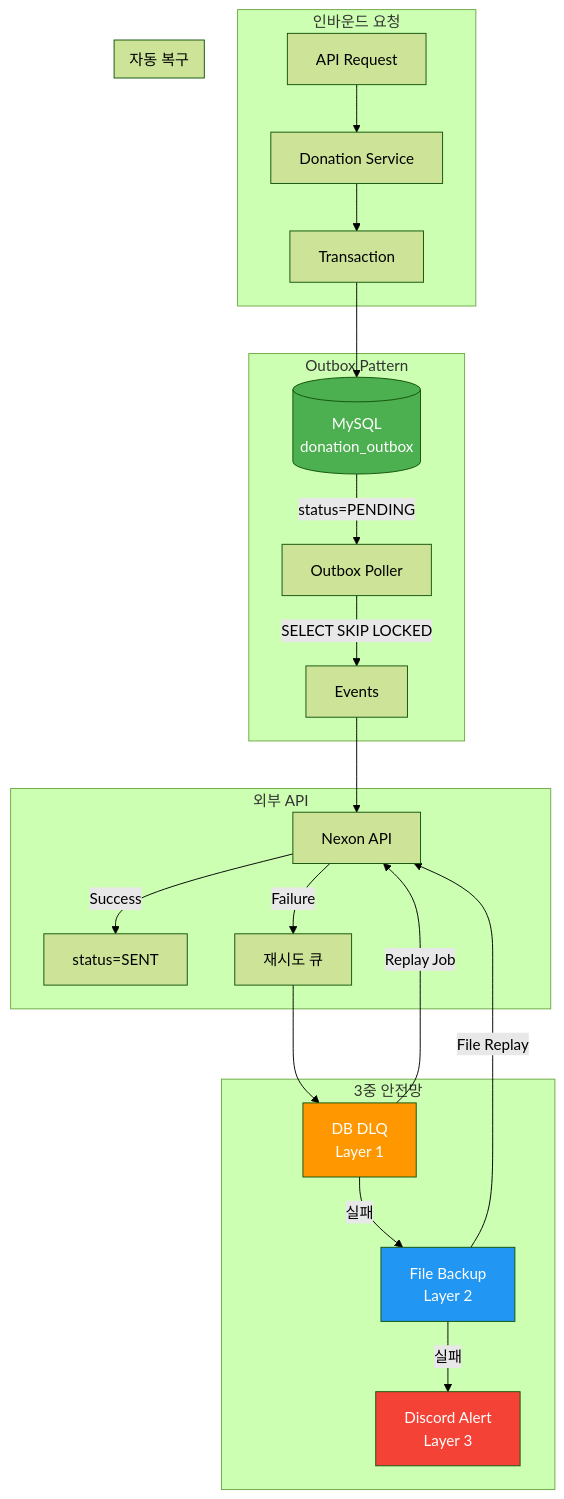
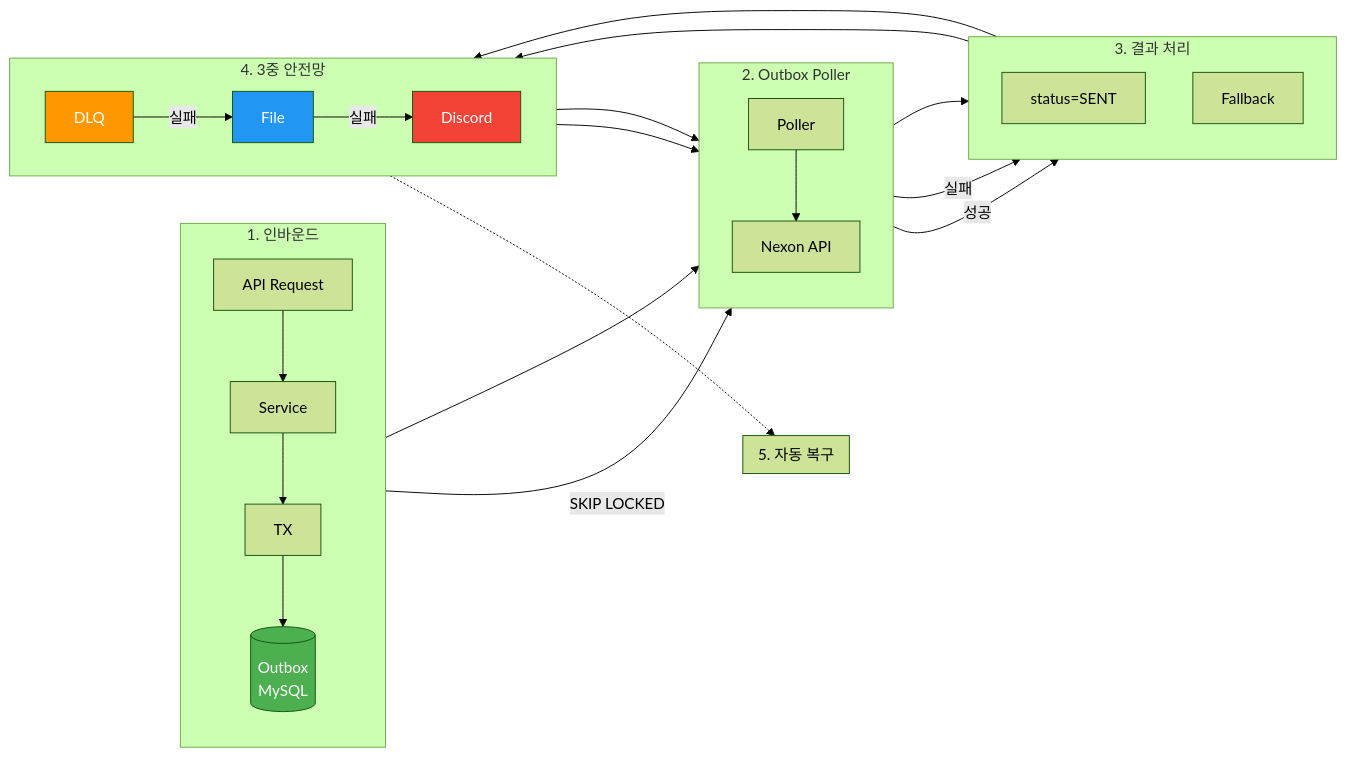
Before and after one commit to zbnerd/probabilistic-valuation-engine: the sixth of 8 diagrams in docs/05_Reports/PORTFOLIO_TECHNICAL_DEEP_DIVE.md, drawn with Mermaid (forest theme).

Commit message:
docs: Outbox 다이어그램 16:9 비율로 개선
- flowchart TB → LR 변경으로 가독성 향상
- 5단계 구조로 명확한 흐름 표현
- 인바운드 → Poller → 결과 → 안전망 → 복구

````diff
--- a/docs/05_Reports/PORTFOLIO_TECHNICAL_DEEP_DIVE.md
+++ b/docs/05_Reports/PORTFOLIO_TECHNICAL_DEEP_DIVE.md
@@ -385,35 +385,42 @@
 ```mermaid
-flowchart TB
-    subgraph Inbound["인바운드 요청"]
-        REQ[API Request] --> SVC[Donation Service]
-        SVC --> TX[Transaction]
+flowchart LR
+    subgraph Inbound["1. 인바운드"]
+        direction TB
+        REQ[API Request] --> SVC[Service]
+        SVC --> TX[TX]
+        TX --> DB[(Outbox<br/>MySQL)]
     end
 
-    subgraph Outbox["Outbox Pattern"]
-        TX --> DB[(MySQL<br/>donation_outbox)]
-        DB --> |status=PENDING| POLLER[Outbox Poller]
-        POLLER --> |SELECT SKIP LOCKED| EVENTS[Events]
+    subgraph Poller["2. Outbox Poller"]
+        direction TB
+        DB -->|SKIP LOCKED| POLLER[Poller]
+        POLLER --> NEXON[Nexon API]
     end
 
-    subgraph External["외부 API"]
-        EVENTS --> NEXON[Nexon API]
-        NEXON --> |Success| MARK[status=SENT]
-        NEXON --> |Failure| RETRY[재시도 큐]
+    subgraph Result["3. 결과 처리"]
+        direction TB
+        NEXON -->|성공| MARK[status=SENT]
+        NEXON -->|실패| FALLBACK[Fallback]
     end
 
-    subgraph SafetyNet["3중 안전망"]
-        RETRY --> DLQ[DB DLQ<br/>Layer 1]
-        DLQ --> |실패| FILE[File Backup<br/>Layer 2]
-        FILE --> |실패| DISCORD[Discord Alert<br/>Layer 3]
+    subgraph Safety["4. 3중 안전망"]
+        direction LR
+        FALLBACK --> DLQ[DLQ]
+        DLQ -->|실패| FILE[File]
+        FILE -->|실패| DISCORD[Discord]
     end
 
-    subgraph Recovery["자동 복구"]
-        DLQ --> |Replay Job| NEXON
-        FILE --> |File Replay| NEXON
+    subgraph Replay["5. 자동 복구"]
+        direction TB
+        DLQ --> NEXON
+        FILE --> NEXON
     end
+
+    Inbound --> Poller --> Result --> Safety
+    Safety -.-> Replay
 
     style DB fill:#4CAF50,color:white
     style DLQ fill:#FF9800,color:white
     style FILE fill:#2196F3,color:white
     style DISCORD fill:#F44336,color:white
 ```
````
